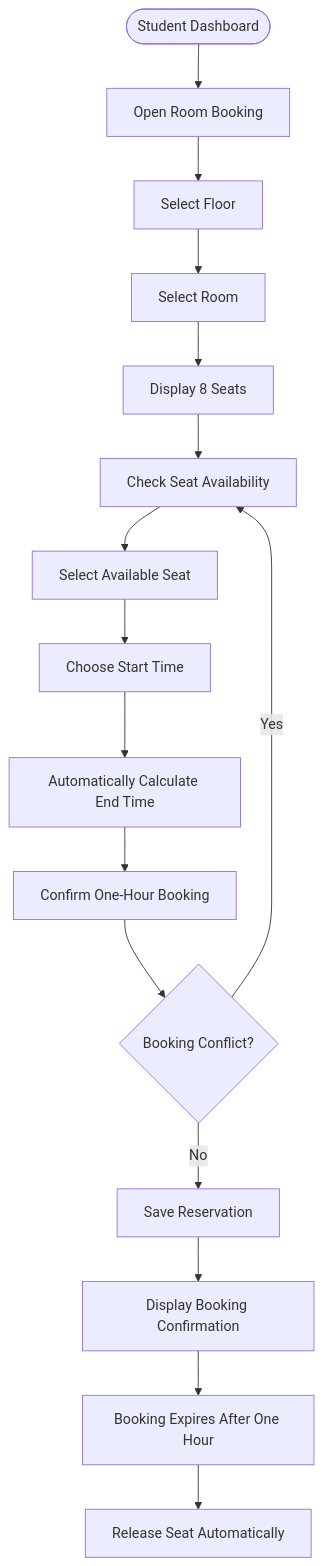
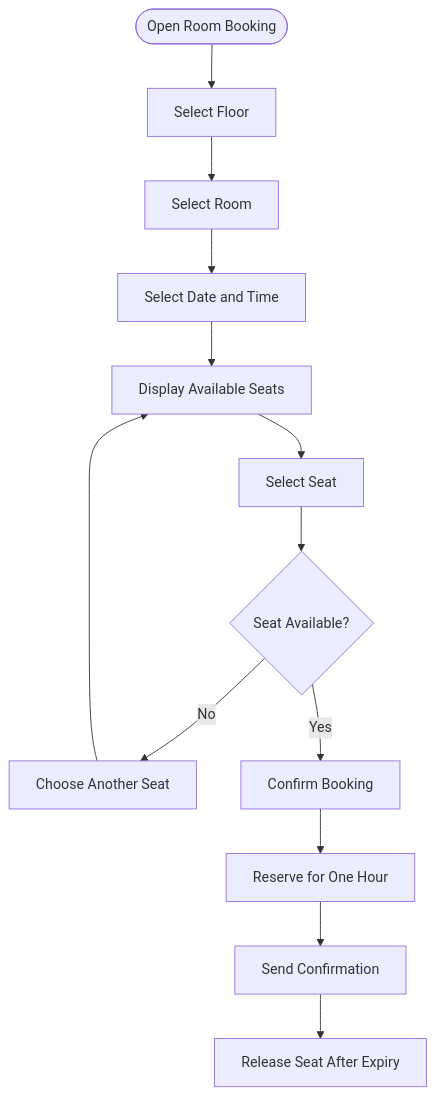
One commit to hardhiksai05/Library_System_Management_Prototype changed the fourth of 5 diagrams in README.md. Above: the diagram before and after it, drawn with Mermaid. The commit also changed other lines of this file, not shown here.

````diff
--- a/README.md
+++ b/README.md
@@ -288,18 +272,15 @@
 ```mermaid
 flowchart TD
-    A([Student Dashboard]) --> B[Open Room Booking]
-    B --> C[Select Floor]
-    C --> D[Select Room]
-    D --> E[Display 8 Seats]
-    E --> F[Check Seat Availability]
-    F --> G[Select Available Seat]
-    G --> H[Choose Start Time]
-    H --> I[Automatically Calculate End Time]
-    I --> J[Confirm One-Hour Booking]
-    J --> K{Booking Conflict?}
-    K -->|Yes| F
-    K -->|No| L[Save Reservation]
-    L --> M[Display Booking Confirmation]
-    M --> N[Booking Expires After One Hour]
-    N --> O[Release Seat Automatically]
+    A([Open Room Booking]) --> B[Select Floor]
+    B --> C[Select Room]
+    C --> D[Select Date and Time]
+    D --> E[Display Available Seats]
+    E --> F[Select Seat]
+    F --> G{Seat Available?}
+    G -->|No| H[Choose Another Seat]
+    H --> E
+    G -->|Yes| I[Confirm Booking]
+    I --> J[Reserve for One Hour]
+    J --> K[Send Confirmation]
+    K --> L[Release Seat After Expiry]
 ```
````
